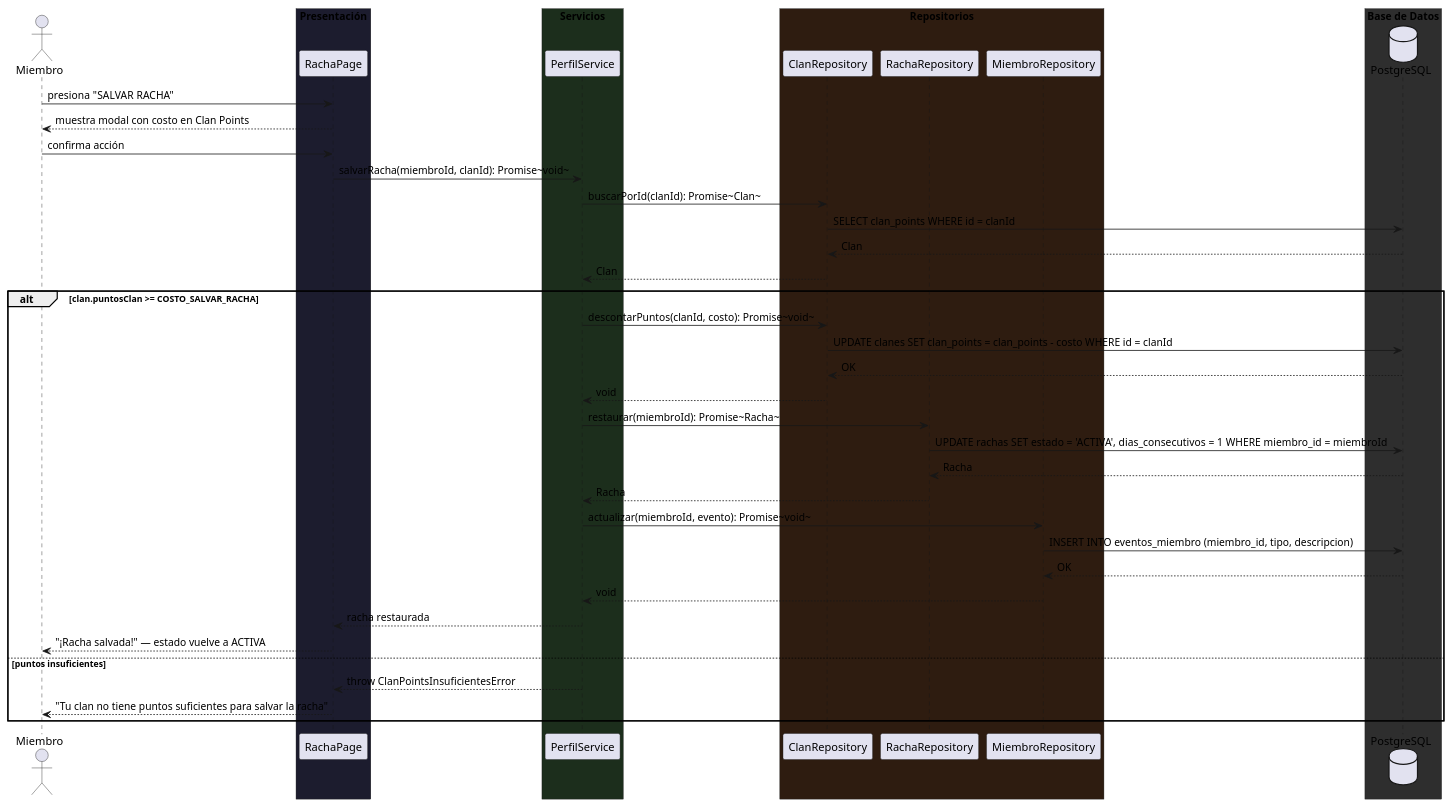
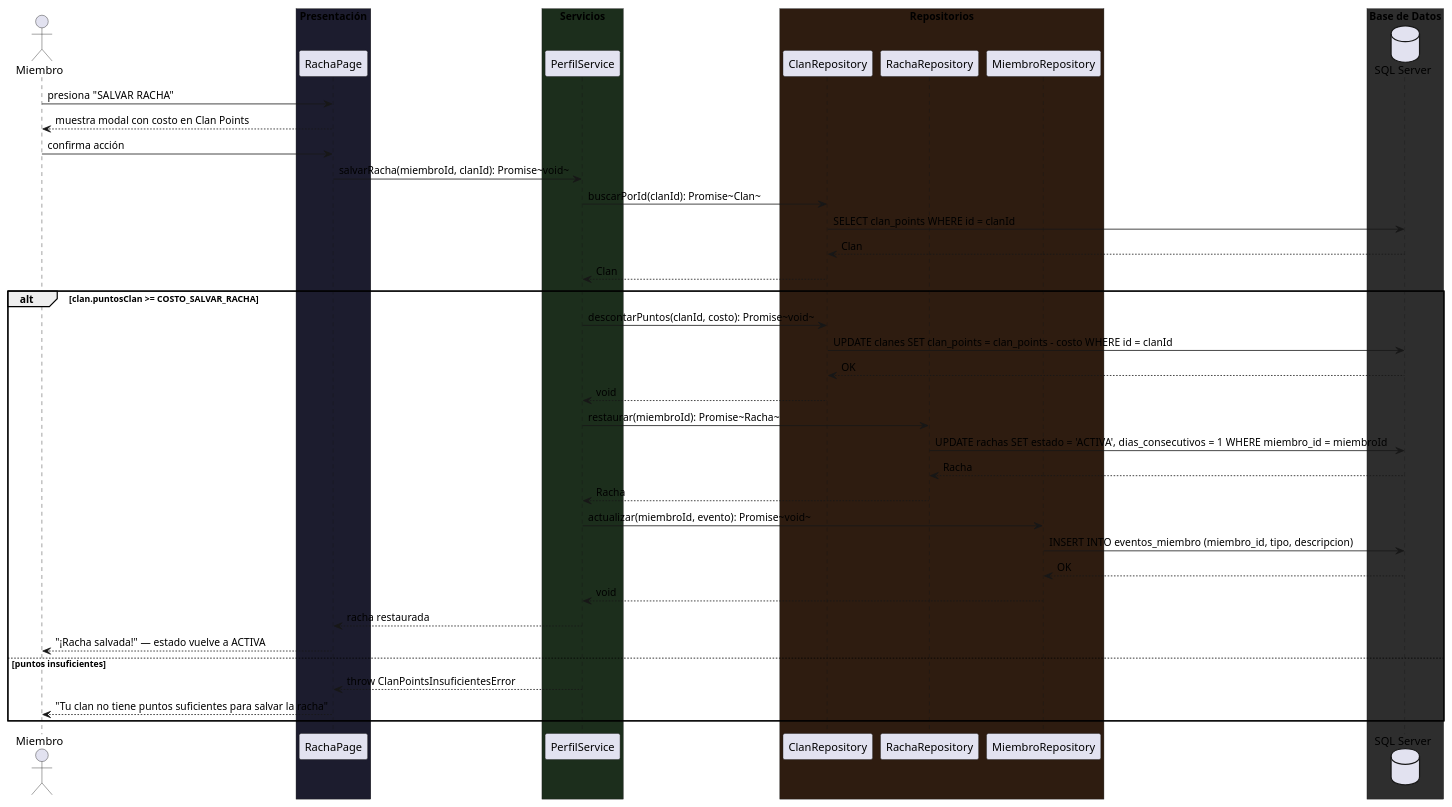
Before and after one commit to nicolassepulveda13/SAP: the third of 7 diagrams in silverback/docs/secuencias-cu005.md, drawn with PlantUML. The commit also changed other lines of this file and 13 other files, not shown here.

````diff
--- a/silverback/docs/secuencias-cu005.md
+++ b/silverback/docs/secuencias-cu005.md
@@ -115,58 +115,58 @@
 ```plantuml
 @startuml CU-005-003
 
 actor Miembro
 
 box "Presentación" #1C1C2E
   participant "RachaPage" as Page
 end box
 
 box "Servicios" #1C2E1C
   participant "PerfilService" as Svc
 end box
 
 box "Repositorios" #2E1C10
   participant "ClanRepository" as ClanRepo
   participant "RachaRepository" as RachaRepo
   participant "MiembroRepository" as MiembroRepo
 end box
 
 box "Base de Datos" #2E2E2E
-  database "PostgreSQL" as DB
+  database "SQL Server" as DB
 end box
 
 Miembro -> Page: presiona "SALVAR RACHA"
 Page --> Miembro: muestra modal con costo en Clan Points
 Miembro -> Page: confirma acción
 Page -> Svc: salvarRacha(miembroId, clanId): Promise~void~
 
 Svc -> ClanRepo: buscarPorId(clanId): Promise~Clan~
 ClanRepo -> DB: SELECT clan_points WHERE id = clanId
 DB --> ClanRepo: Clan
 ClanRepo --> Svc: Clan
 
 alt clan.puntosClan >= COSTO_SALVAR_RACHA
     Svc -> ClanRepo: descontarPuntos(clanId, costo): Promise~void~
     ClanRepo -> DB: UPDATE clanes SET clan_points = clan_points - costo WHERE id = clanId
     DB --> ClanRepo: OK
     ClanRepo --> Svc: void
 
     Svc -> RachaRepo: restaurar(miembroId): Promise~Racha~
     RachaRepo -> DB: UPDATE rachas SET estado = 'ACTIVA', dias_consecutivos = 1 WHERE miembro_id = miembroId
     DB --> RachaRepo: Racha
     RachaRepo --> Svc: Racha
 
     Svc -> MiembroRepo: actualizar(miembroId, evento): Promise~void~
     MiembroRepo -> DB: INSERT INTO eventos_miembro (miembro_id, tipo, descripcion)
     DB --> MiembroRepo: OK
     MiembroRepo --> Svc: void
 
     Svc --> Page: racha restaurada
     Page --> Miembro: "¡Racha salvada!" — estado vuelve a ACTIVA
 else puntos insuficientes
     Svc --> Page: throw ClanPointsInsuficientesError
     Page --> Miembro: "Tu clan no tiene puntos suficientes para salvar la racha"
 end
 
 @enduml
 ```
````
